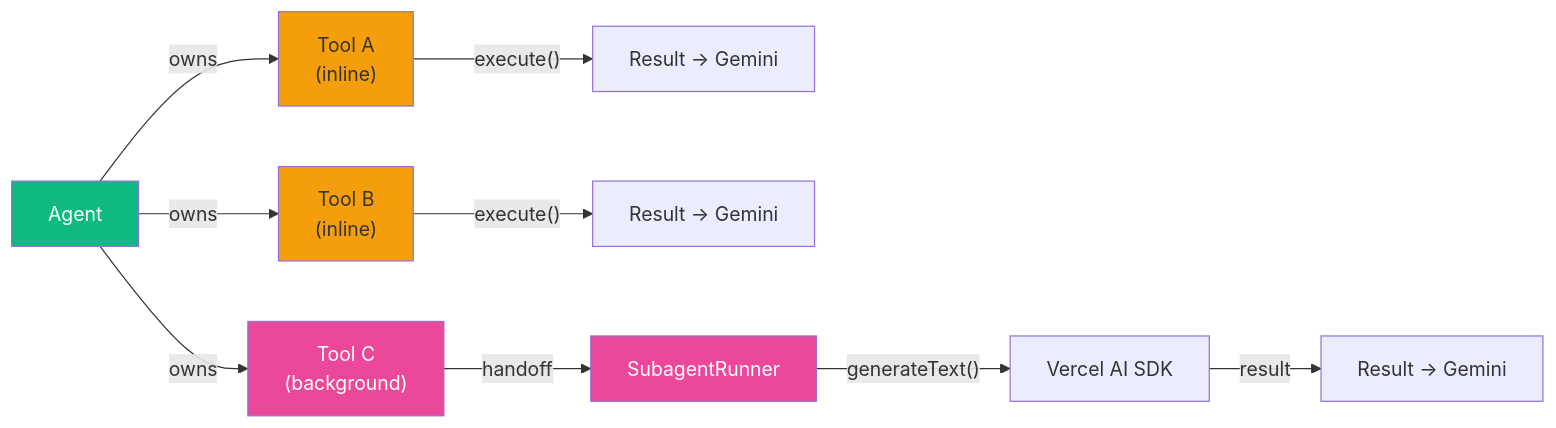
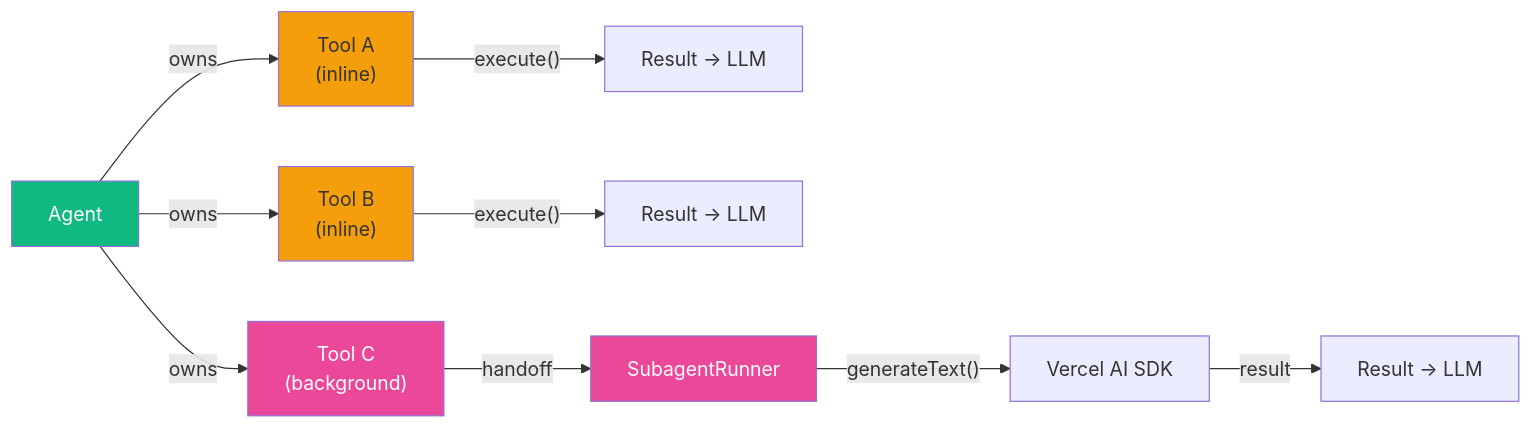
The tenth of 11 diagrams in docs/guide/architecture.md (randombet/bodhi_realtime_agent), drawn with Mermaid before and after one commit. The commit also changed other lines of this file and 15 other files, not shown here.

````diff
--- a/docs/guide/architecture.md
+++ b/docs/guide/architecture.md
@@ -291,18 +295,18 @@
 ```mermaid
 graph LR
     AG["Agent"] -->|"owns"| T1["Tool A<br/>(inline)"]
     AG -->|"owns"| T2["Tool B<br/>(inline)"]
     AG -->|"owns"| T3["Tool C<br/>(background)"]
 
-    T1 -->|"execute()"| R1["Result → Gemini"]
-    T2 -->|"execute()"| R2["Result → Gemini"]
+    T1 -->|"execute()"| R1["Result → LLM"]
+    T2 -->|"execute()"| R2["Result → LLM"]
     T3 -->|"handoff"| SR["SubagentRunner"]
     SR -->|"generateText()"| LLM["Vercel AI SDK"]
-    LLM -->|"result"| R3["Result → Gemini"]
+    LLM -->|"result"| R3["Result → LLM"]
 
     style AG fill:#10b981,color:#fff
     style T1 fill:#f59e0b
     style T2 fill:#f59e0b
     style T3 fill:#ec4899,color:#fff
     style SR fill:#ec4899,color:#fff
 ```
````
